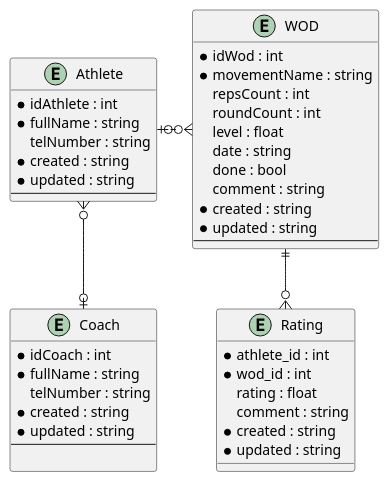
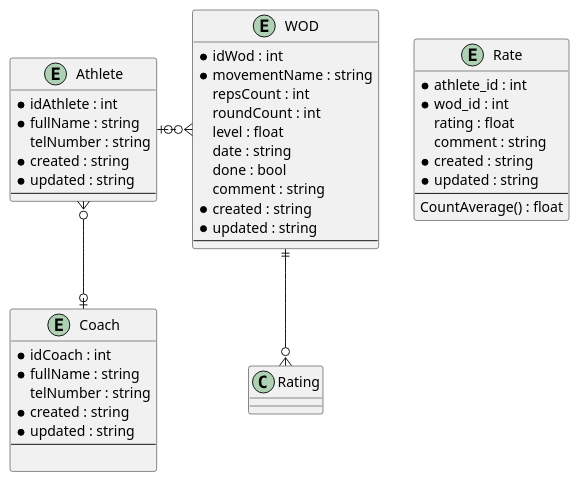
Before and after one commit to SaLuX8/UI-programming: the second of 2 diagrams in Specs/Specs.md, drawn with PlantUML. The commit also changed 1 other file, not shown here.

Commit message:
edit class model

````diff
--- a/Specs/Specs.md
+++ b/Specs/Specs.md
@@ -49,45 +49,47 @@
 ```plantuml
 entity Coach {
     * idCoach : int
     * fullName : string
     telNumber : string
     * created : string
     * updated : string
     --
     
 }
 entity Athlete {
     * idAthlete : int
     * fullName : string
     telNumber : string
     * created : string
     * updated : string
     --
 }
 entity WOD {
     * idWod : int
     * movementName : string
     repsCount : int
     roundCount : int
     level : float
     date : string
     done : bool
     comment : string
     * created : string
     * updated : string
     --
 }
-entity Rating {
+entity Rate {
     * athlete_id : int
     * wod_id : int
     rating : float
     comment : string
     * created : string
     * updated : string
+    --
+    CountAverage() : float
 }
 
 Athlete }o--o| Coach
 WOD }o-left-o| Athlete
 WOD ||--o{ Rating
 
 ```
````
